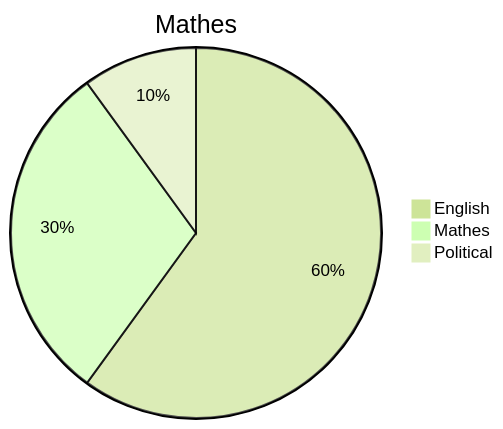
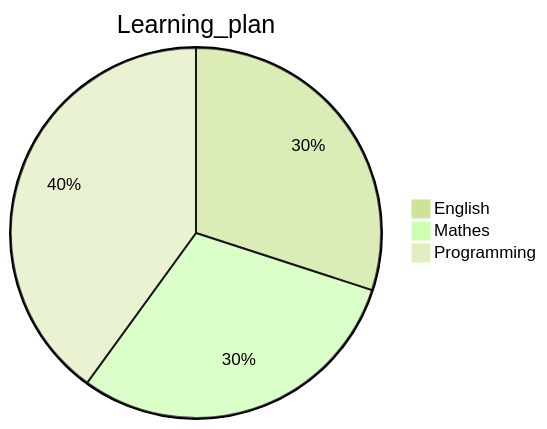
The first of 4 diagrams in README.md (shengxi-rise/diary_book), drawn with Mermaid (forest theme) before and after one commit. The commit also changed other lines of this file, not shown here.

````diff
--- a/README.md
+++ b/README.md
@@ -60,7 +60,7 @@
   ```mermaid
   pie
-  title Mathes
-  "English": 60
+  title Learning_plan
+  "English": 30
   "Mathes":30
-  "Political":10
+  "Programming":40
   ```
````
